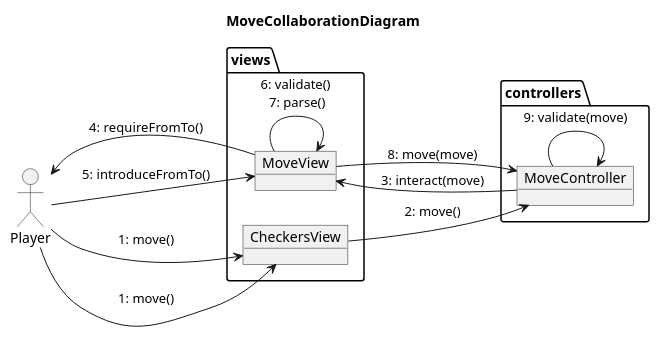
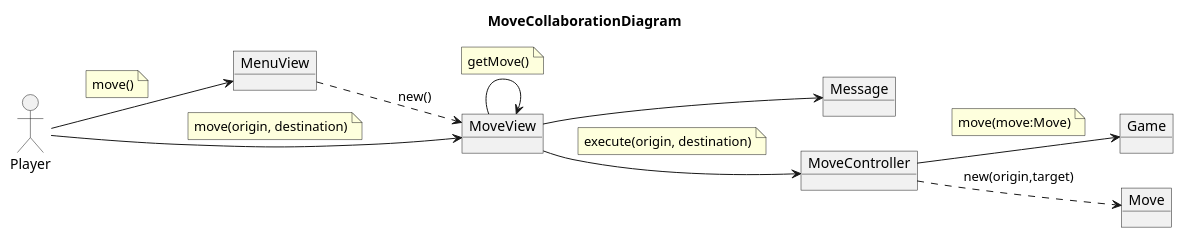
Before and after one commit to Master-Desarrollo-20-21/patrones-diseno---practica-final---juego-de-las-damas-fraylopez: the diagram in docs/src/analysis/use-cases/move-colab.plantuml, drawn with PlantUML. The commit also changed 2 other files, not shown here.

```diff
--- a/docs/src/analysis/use-cases/move-colab.plantuml
+++ b/docs/src/analysis/use-cases/move-colab.plantuml
@@ -1,37 +1,45 @@
 @startuml MoveCollaborationDiagram
 title MoveCollaborationDiagram
 left to right direction
 
 allow_mixing
+left to right direction
+actor Player
+object MenuView
+object MoveView
+object Message
+object MoveController
+object Game
+object Move
 
-actor Player
-package views  {
+Player --> MenuView
+note on link
+    move()
+end note
+MenuView ..> MoveView : new()
 
-    object  CheckersView{
+Player --> MoveView
+note on link
+    move(origin, destination)
+end note
 
-    }
-    object  MoveView{
+MoveView --> MoveView
+note on link
+    getMove()
+end note
 
-    }
-}
-package controllers  {
+MoveView --> MoveController
+note on link
+    execute(origin, destination)
+end note
 
-    object  MoveController{
+MoveView --> Message
 
-    }
-}
 
-Player --> CheckersView : \n1: move()
+MoveController --> Game
+note on link
+    move(move:Move)
+end note
 
-' object CheckersView
-' object MoveView as MoveView
-' object MoveController as MoveController
-Player --> CheckersView : \n1: move()
-CheckersView --> MoveController : 2: move()
-MoveController --> MoveView : 3: interact(move)
-MoveView --> Player : 4: requireFromTo()
-Player --> MoveView : 5: introduceFromTo()
-MoveView -> MoveView : 6: validate()\n 7: parse()
-MoveView --> MoveController : 8: move(move)
-MoveController -> MoveController : 9: validate(move)
+MoveController ..> Move : new(origin,target)
 @enduml
```
